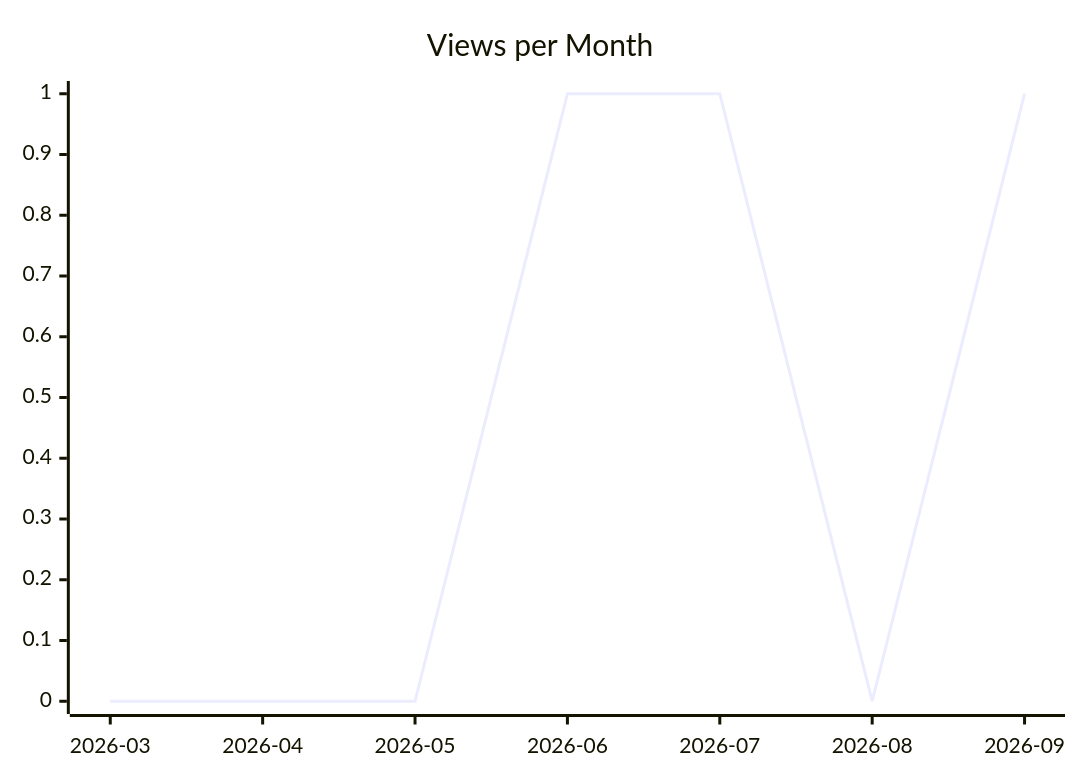
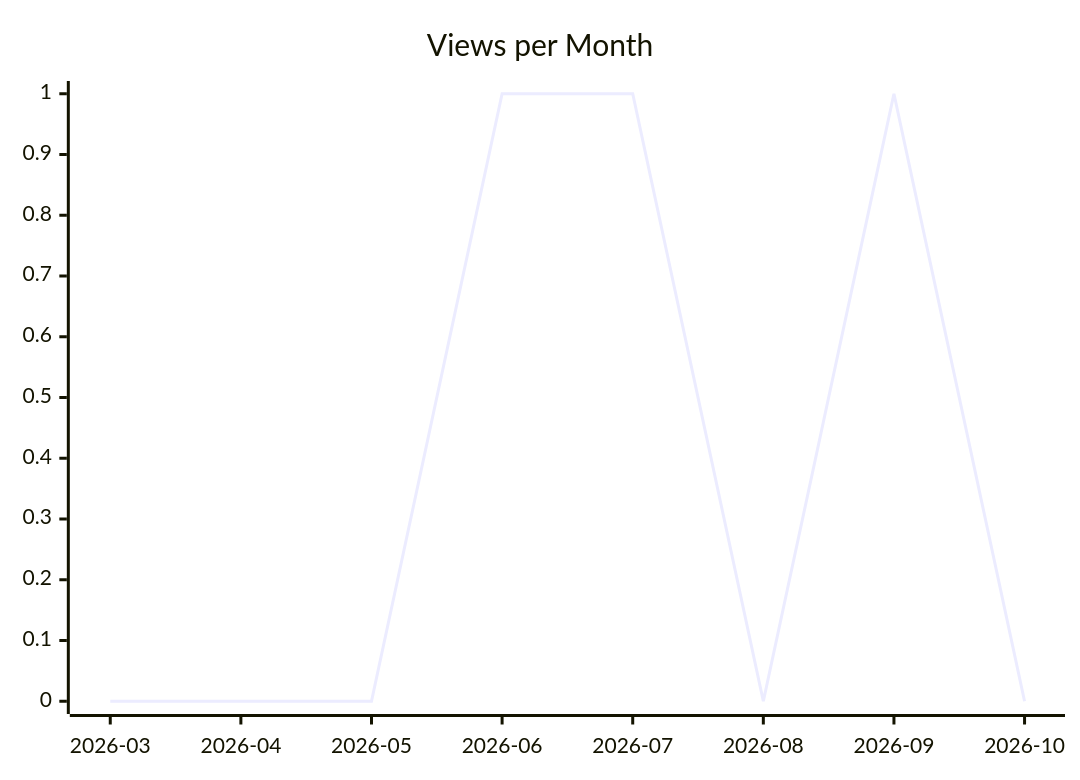
One commit to justdavis-family/github-analytics-data changed the second of 3 diagrams in karlmdavis/ansible/README.md. Above: the diagram before and after it, drawn with Mermaid. The commit also changed other lines of this file and 202 other files, not shown here.

````diff
--- a/karlmdavis/ansible/README.md
+++ b/karlmdavis/ansible/README.md
@@ -12,6 +12,6 @@
 ```mermaid
 xychart-beta
   title "Views per Month"
-  x-axis ["2026-03", "2026-04", "2026-05", "2026-06", "2026-07", "2026-08", "2026-09"]
-  line [0, 0, 0, 1, 1, 0, 1]
+  x-axis ["2026-03", "2026-04", "2026-05", "2026-06", "2026-07", "2026-08", "2026-09", "2026-10"]
+  line [0, 0, 0, 1, 1, 0, 1, 0]
 ```
````
